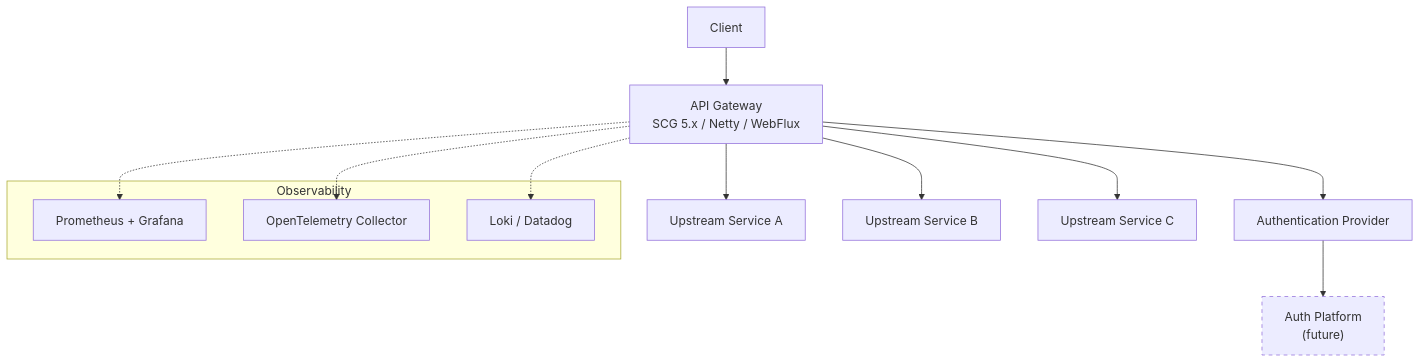
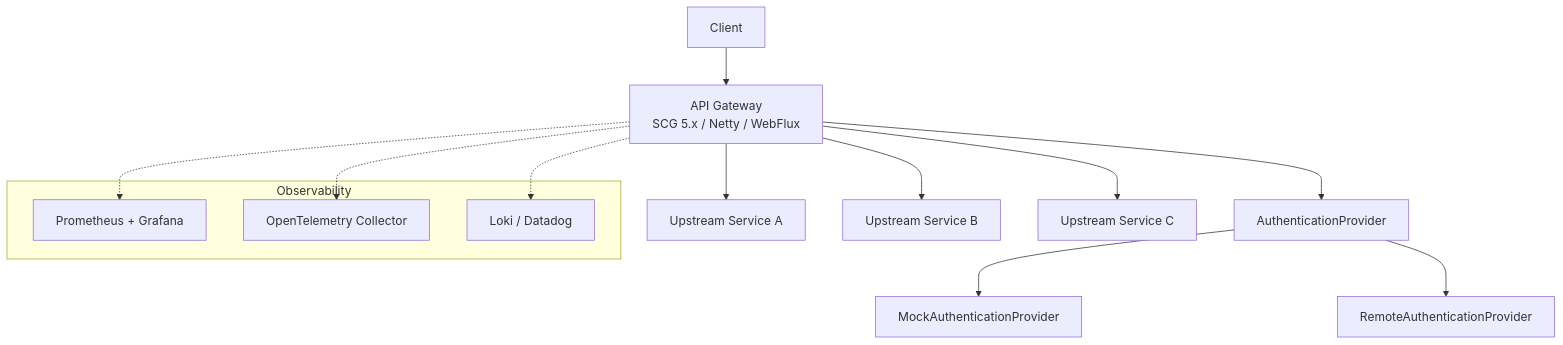
The first of 3 diagrams in README.md (abhim8/api-gateway), drawn with Mermaid before and after one commit. The commit also changed other lines of this file, not shown here.

Commit message:
docs(readme): align documentation with current architecture

````diff
--- a/README.md
+++ b/README.md
@@ -42,21 +40,20 @@
 ```mermaid
 graph TB
     Client["Client"] --> Gateway["API Gateway<br/>SCG 5.x / Netty / WebFlux"]
-    Gateway --> AuthProvider["Authentication Provider"]
-    AuthProvider --> AuthPlatform["Auth Platform<br/>(future)"]
+    Gateway --> AuthProvider["AuthenticationProvider"]
+    AuthProvider --> Mock["MockAuthenticationProvider"]
+    AuthProvider --> Remote["RemoteAuthenticationProvider"]
     Gateway --> ServiceA["Upstream Service A"]
     Gateway --> ServiceB["Upstream Service B"]
     Gateway --> ServiceC["Upstream Service C"]
 
     subgraph Observability
         Metrics["Prometheus + Grafana"]
         Tracing["OpenTelemetry Collector"]
         Logging["Loki / Datadog"]
     end
 
     Gateway -.-> Metrics
     Gateway -.-> Tracing
     Gateway -.-> Logging
-
-    style AuthPlatform stroke-dasharray: 5 5
 ```
````
